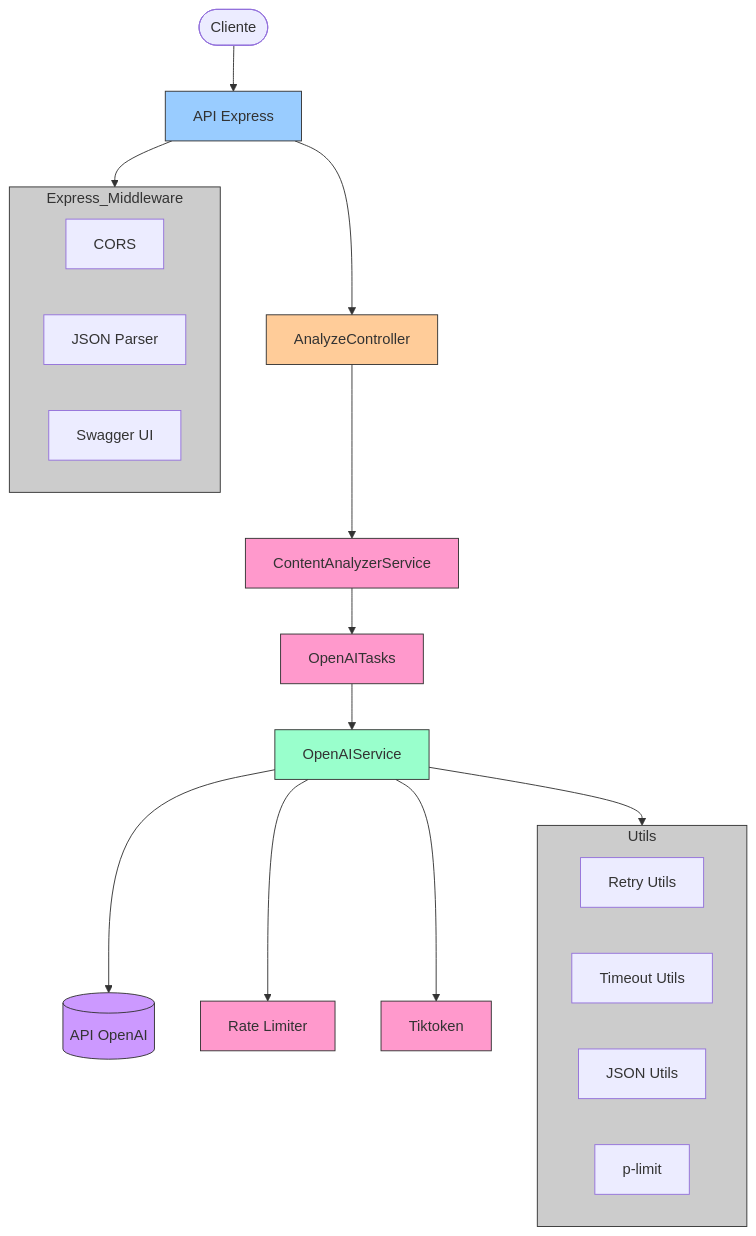
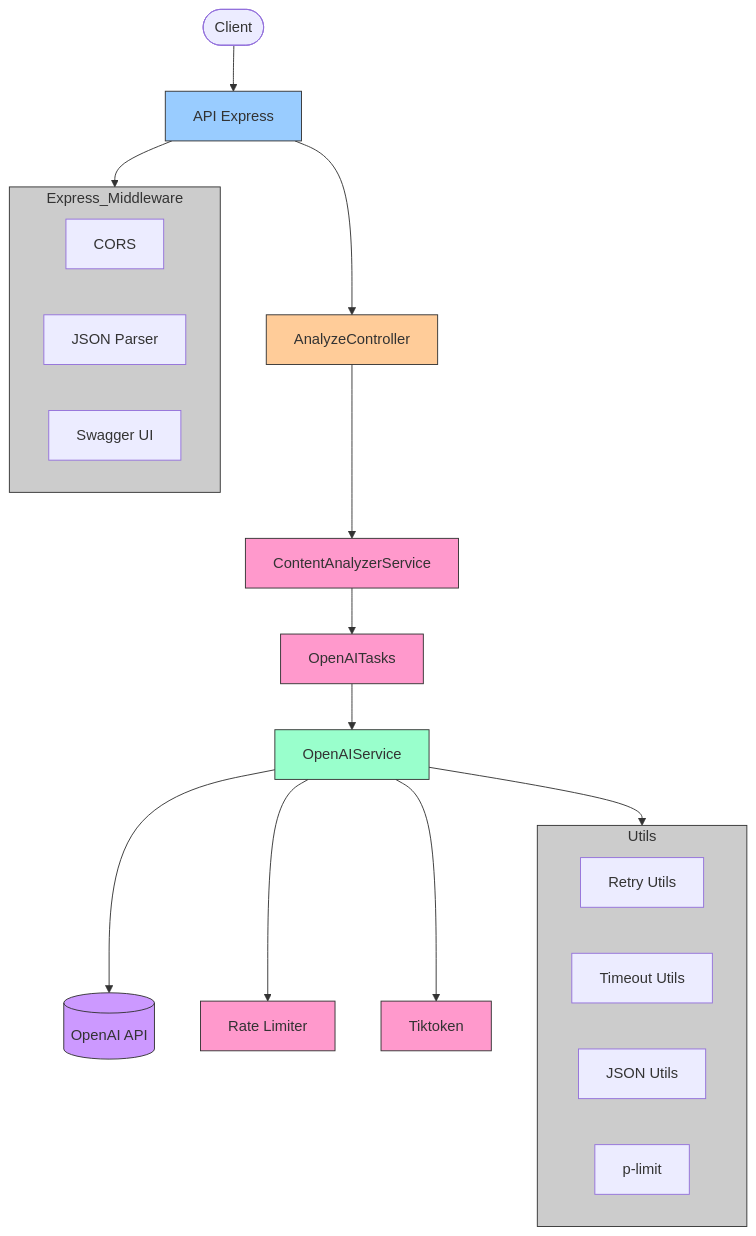
One commit to asanchezyali/backend-typescript-express-template changed the first of 3 diagrams in README.md. Above: the diagram before and after it, drawn with Mermaid. The commit also changed other lines of this file, not shown here.

````diff
--- a/README.md
+++ b/README.md
@@ -155,39 +154,39 @@
 ```mermaid
 graph TD
-    Client([Cliente]) --> API[API Express]
+    Client([Client]) --> API[API Express]
     API --> AC[AnalyzeController]
     AC --> CAS[ContentAnalyzerService]
     CAS --> OAT[OpenAITasks]
     OAT --> OAS[OpenAIService]
-    OAS --> OpenAI[(API OpenAI)]
+    OAS --> OpenAI[(OpenAI API)]
     
     subgraph Express_Middleware
       CORS[CORS]
       JSON[JSON Parser]
       SWAGGER[Swagger UI]
     end
     
     API --> Express_Middleware
     
     subgraph Utils
       RU[Retry Utils]
       TU[Timeout Utils]
       JU[JSON Utils]
       PL[p-limit]
     end
     
     OAS --> RL[Rate Limiter]
     OAS --> TK[Tiktoken]
     OAS --> Utils
     
     style API fill:#9cf,stroke:#333
     style AC fill:#fc9,stroke:#333
     style CAS fill:#f9c,stroke:#333
     style OAS fill:#9fc,stroke:#333
     style OAT fill:#f9c,stroke:#333
     style OpenAI fill:#c9f,stroke:#333
     style Express_Middleware fill:#ccc,stroke:#333
     style Utils fill:#ccc,stroke:#333
     style RL fill:#f9c,stroke:#333
     style TK fill:#f9c,stroke:#333
 ```
````
